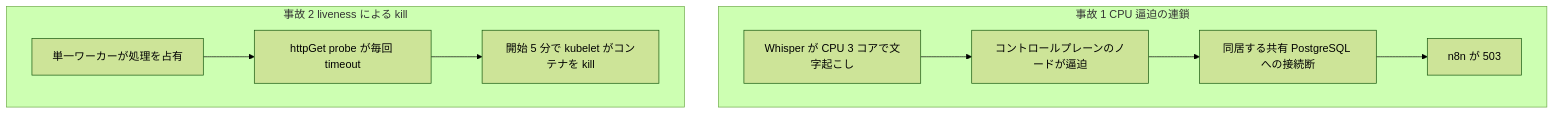
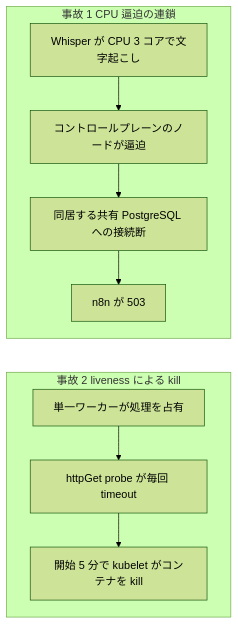
One commit to shinichitazawa/zenn-articles changed the fifth of 6 diagrams in articles/027-meeting-voice-to-todo-n8n-whisper.md. Above: the diagram before and after it, drawn with Mermaid (forest theme). The commit also changed other lines of this file and 6 other files, not shown here.

````diff
--- a/articles/027-meeting-voice-to-todo-n8n-whisper.md
+++ b/articles/027-meeting-voice-to-todo-n8n-whisper.md
@@ -196,12 +196,13 @@
 ```mermaid
 flowchart TB
   subgraph i1[事故 1 CPU 逼迫の連鎖]
     A1[Whisper が CPU 3 コアで文字起こし] --> A2[コントロールプレーンのノードが逼迫]
     A2 --> A3[同居する共有 PostgreSQL への接続断]
     A3 --> A4[n8n が 503]
   end
   subgraph i2[事故 2 liveness による kill]
     B1[単一ワーカーが処理を占有] --> B2[httpGet probe が毎回 timeout]
     B2 --> B3[開始 5 分で kubelet がコンテナを kill]
   end
+  A4 ~~~ B1
 ```
````
